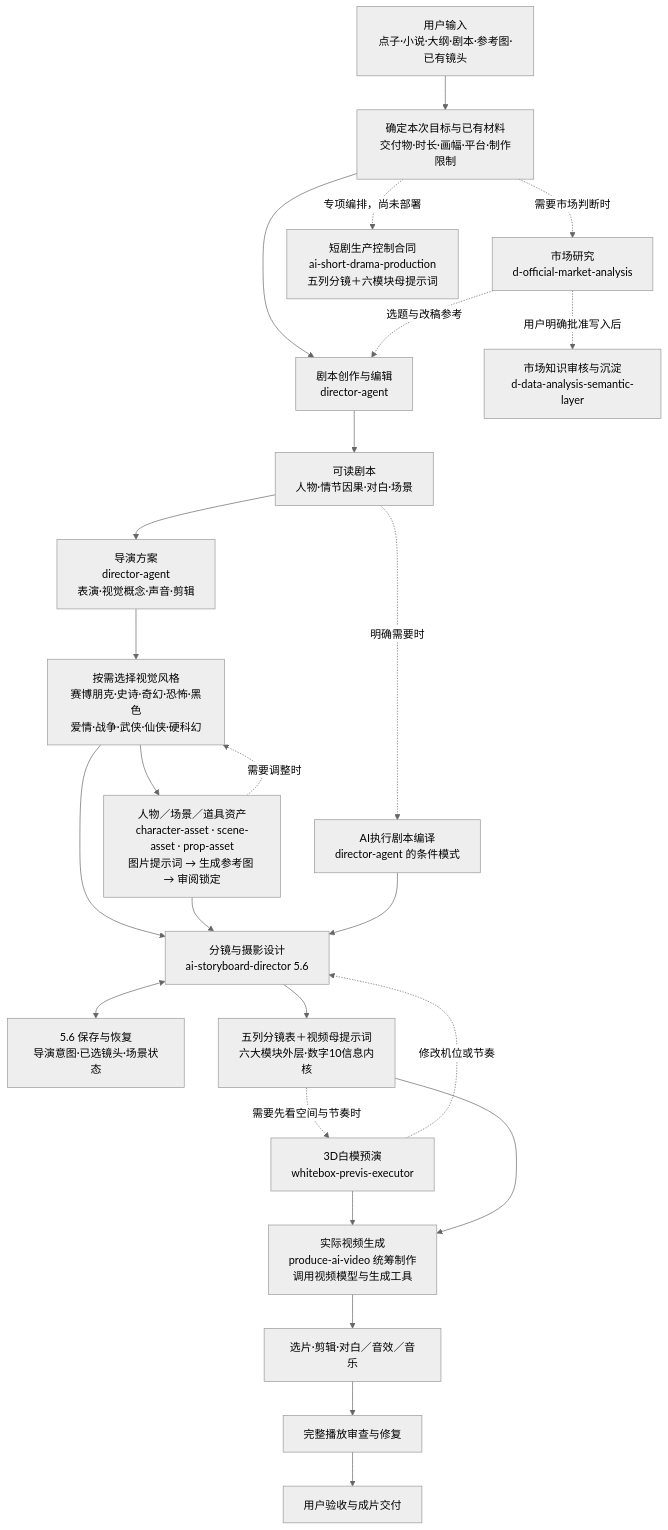
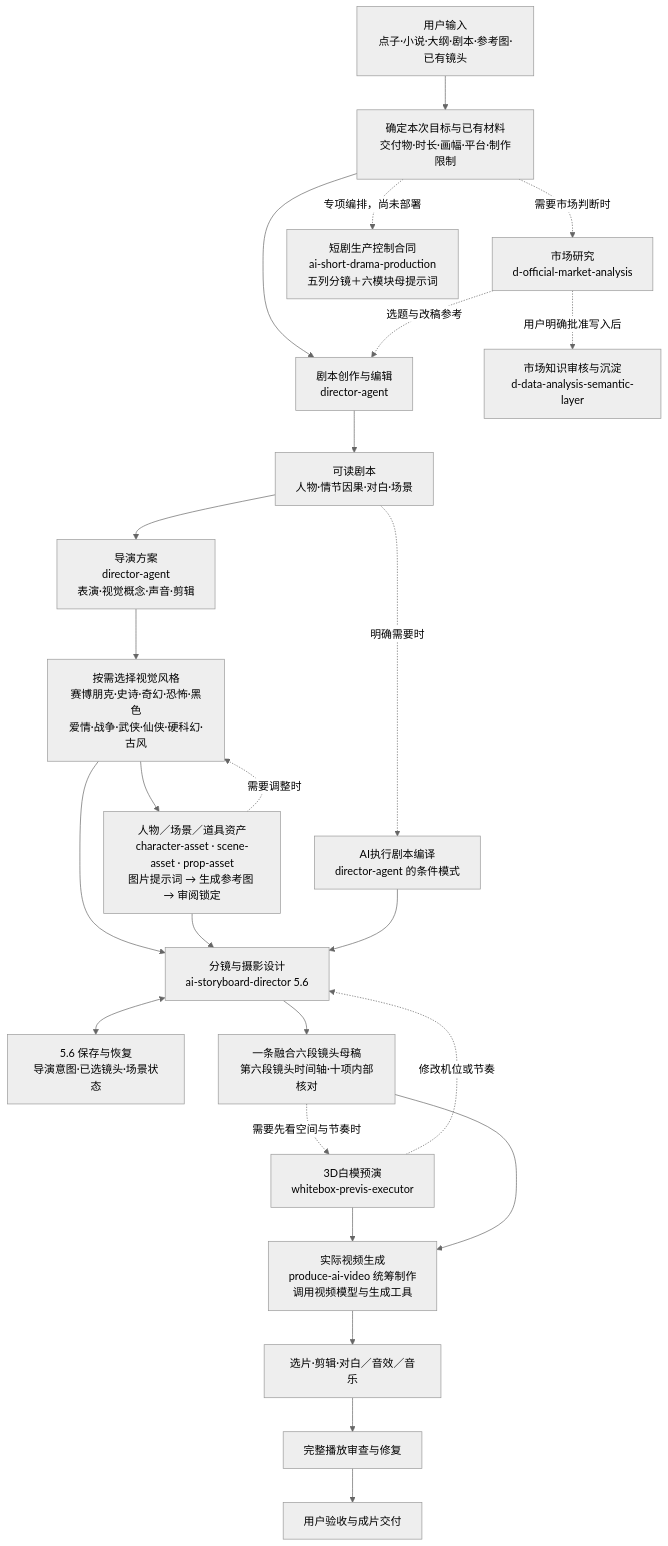
The diagram in docs/WORKFLOW.md (62656456/ai-film-skills), drawn with Mermaid (neutral theme) before and after one commit. The commit also changed other lines of this file and 129 other files, not shown here.

````diff
--- a/docs/WORKFLOW.md
+++ b/docs/WORKFLOW.md
@@ -13,27 +13,27 @@
 ```mermaid
 flowchart TB
     U["用户输入<br/>点子·小说·大纲·剧本·参考图·已有镜头"] --> T["确定本次目标与已有材料<br/>交付物·时长·画幅·平台·制作限制"]
     T --> W["剧本创作与编辑<br/>director-agent"]
     T -. "需要市场判断时" .-> M["市场研究<br/>d-official-market-analysis"]
     M -. "选题与改稿参考" .-> W
     M -. "用户明确批准写入后" .-> K["市场知识审核与沉淀<br/>d-data-analysis-semantic-layer"]
     W --> S["可读剧本<br/>人物·情节因果·对白·场景"]
     S --> D["导演方案<br/>director-agent<br/>表演·视觉概念·声音·剪辑"]
     S -. "明确需要时" .-> X["AI执行剧本编译<br/>director-agent 的条件模式"]
-    D --> V["按需选择视觉风格<br/>赛博朋克·史诗·奇幻·恐怖·黑色<br/>爱情·战争·武侠·仙侠·硬科幻"]
+    D --> V["按需选择视觉风格<br/>赛博朋克·史诗·奇幻·恐怖·黑色<br/>爱情·战争·武侠·仙侠·硬科幻·古风"]
     V --> A["人物／场景／道具资产<br/>character-asset · scene-asset · prop-asset<br/>图片提示词 → 生成参考图 → 审阅锁定"]
     A -. "需要调整时" .-> V
     V --> B["分镜与摄影设计<br/>ai-storyboard-director 5.6"]
     A --> B
     X --> B
     B <--> R["5.6 保存与恢复<br/>导演意图·已选镜头·场景状态"]
-    B --> P["五列分镜表＋视频母提示词<br/>六大模块外层·数字10信息内核"]
+    B --> P["一条融合六段镜头母稿<br/>第六段镜头时间轴·十项内部核对"]
     P -. "需要先看空间与节奏时" .-> PRE["3D白模预演<br/>whitebox-previs-executor"]
     PRE -. "修改机位或节奏" .-> B
     PRE --> G["实际视频生成<br/>produce-ai-video 统筹制作<br/>调用视频模型与生成工具"]
     P --> G
     G --> E["选片·剪辑·对白／音效／音乐"]
     E --> Q["完整播放审查与修复"]
     Q --> F["用户验收与成片交付"]
     T -. "专项编排，尚未部署" .-> SHORT["短剧生产控制合同<br/>ai-short-drama-production<br/>五列分镜＋六模块母提示词"]
 ```
````
